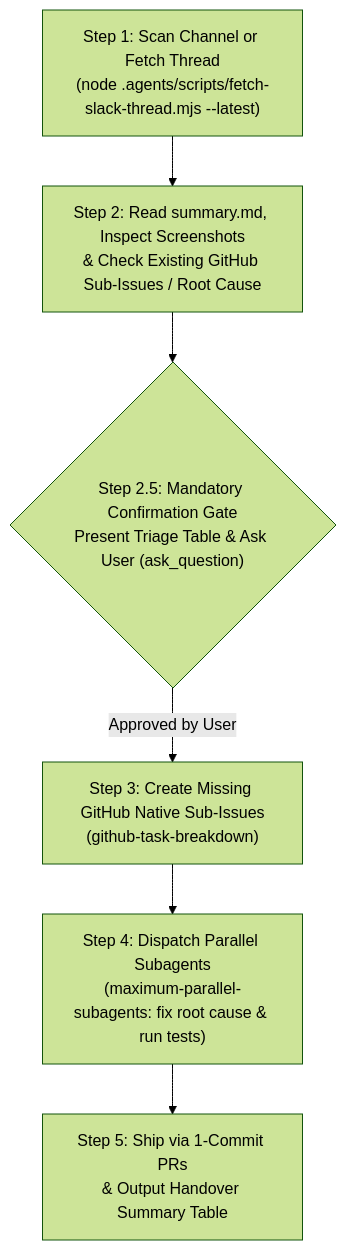
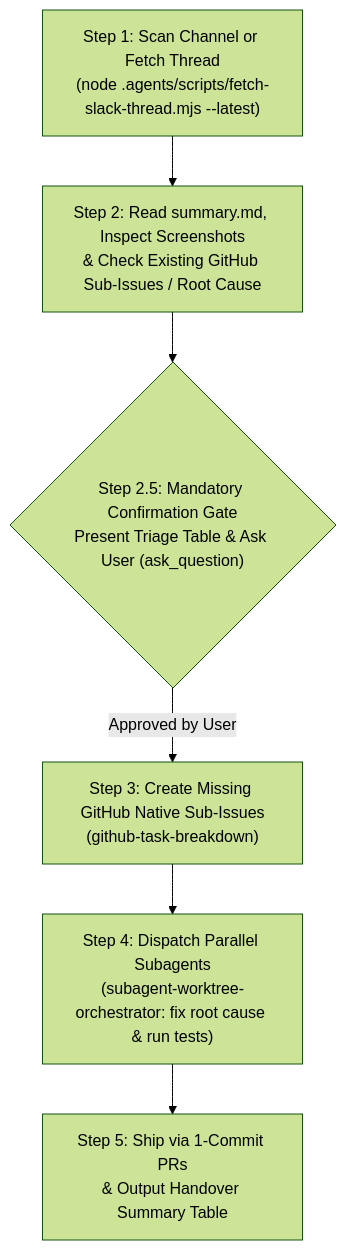
Before and after one commit to khanhduong22/agent-harness-kit: the diagram in skills/slack-index-autofix/SKILL.md, drawn with Mermaid (forest theme). The commit also changed other lines of this file and 73 other files, not shown here.

````diff
--- a/skills/slack-index-autofix/SKILL.md
+++ b/skills/slack-index-autofix/SKILL.md
@@ -42,8 +42,8 @@
 ```mermaid
 flowchart TD
     A["Step 1: Scan Channel or Fetch Thread<br/>(node .agents/scripts/fetch-slack-thread.mjs --latest)"] --> B["Step 2: Read summary.md, Inspect Screenshots<br/>& Check Existing GitHub Sub-Issues / Root Cause"]
     B --> G{"Step 2.5: Mandatory Confirmation Gate<br/>Present Triage Table & Ask User (ask_question)"}
     G -- "Approved by User" --> C["Step 3: Create Missing GitHub Native Sub-Issues<br/>(github-task-breakdown)"]
-    C --> D["Step 4: Dispatch Parallel Subagents<br/>(maximum-parallel-subagents: fix root cause & run tests)"]
+    C --> D["Step 4: Dispatch Parallel Subagents<br/>(subagent-worktree-orchestrator: fix root cause & run tests)"]
     D --> E["Step 5: Ship via 1-Commit PRs<br/>& Output Handover Summary Table"]
 ```
````
